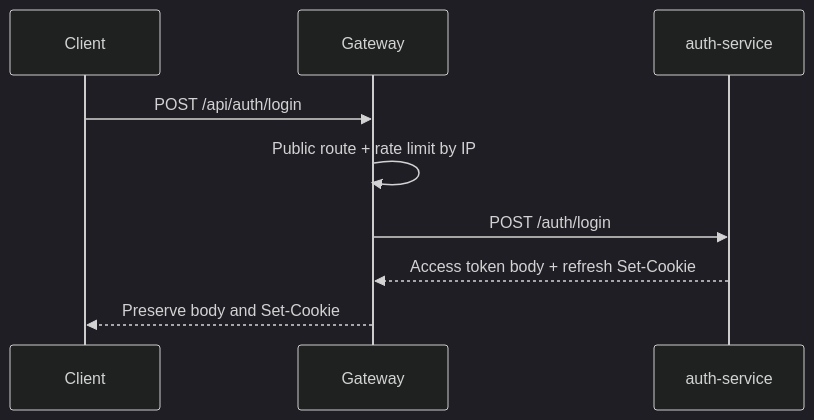
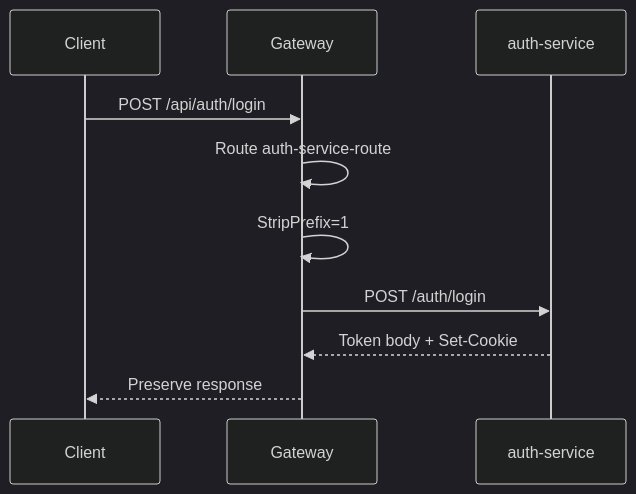
The second of 4 diagrams in docs/contracts/flows/api-gateway-flow.md (software-design-138gogo/tickefy-backend), drawn with Mermaid (dark theme) before and after one commit. The commit also changed other lines of this file and 1 other file, not shown here.

Commit message:
docs(gateway): update API gateway contracts

````diff
--- a/docs/contracts/flows/api-gateway-flow.md
+++ b/docs/contracts/flows/api-gateway-flow.md
@@ -183,12 +56,13 @@
 ```mermaid
 sequenceDiagram
     participant Client
     participant Gateway
     participant Auth as auth-service
 
     Client->>Gateway: POST /api/auth/login
-    Gateway->>Gateway: Public route + rate limit by IP
+    Gateway->>Gateway: Route auth-service-route
+    Gateway->>Gateway: StripPrefix=1
     Gateway->>Auth: POST /auth/login
-    Auth-->>Gateway: Access token body + refresh Set-Cookie
-    Gateway-->>Client: Preserve body and Set-Cookie
+    Auth-->>Gateway: Token body + Set-Cookie
+    Gateway-->>Client: Preserve response
 ```
````
